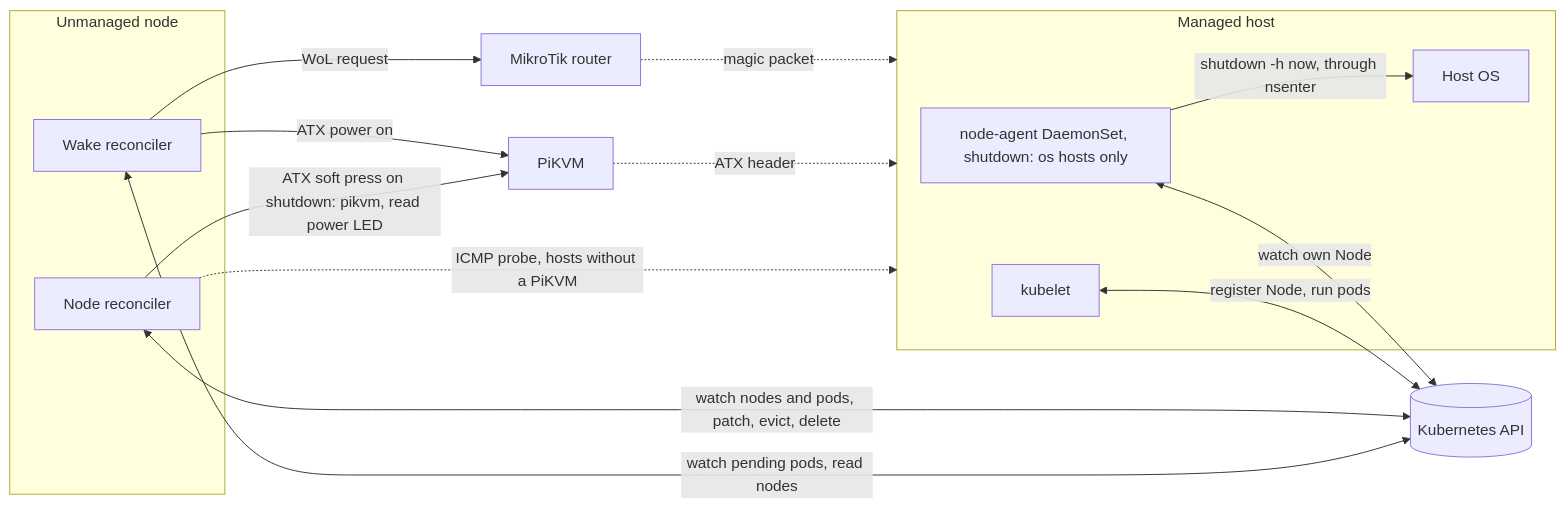
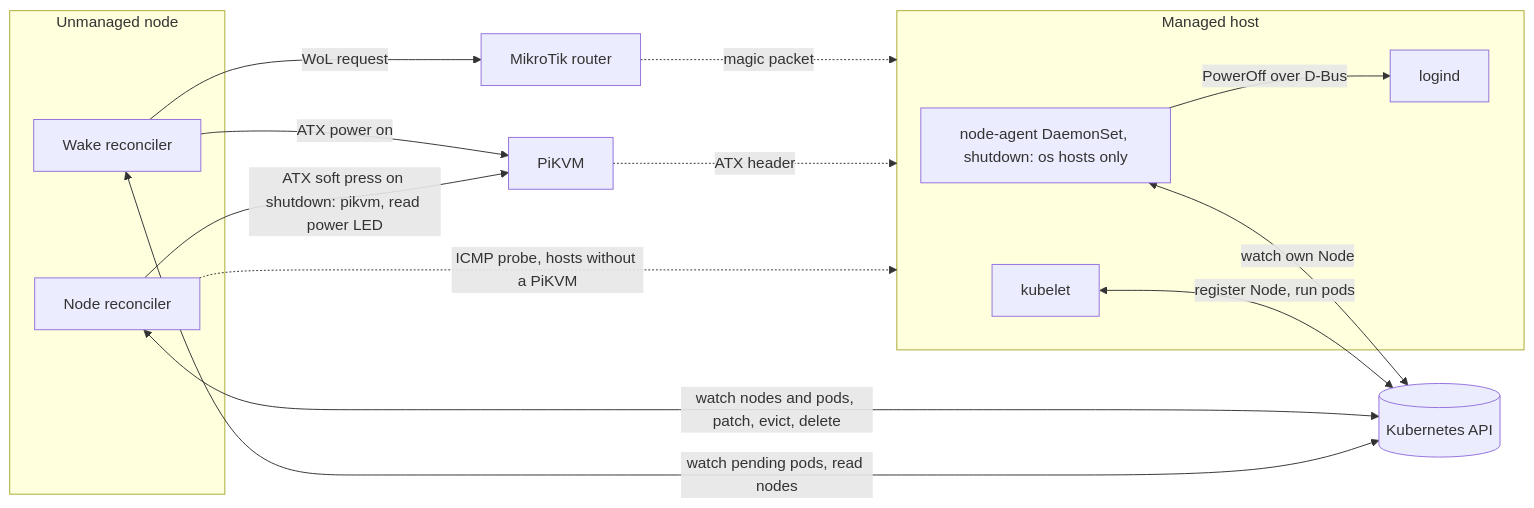
Before and after one commit to kiemlicz/nekromancer: the first of 6 diagrams in docs/how-it-works.md, drawn with Mermaid. The commit also changed other lines of this file and 13 other files, not shown here.

First line of the commit message:
Shut down os hosts through logind again

````diff
--- a/docs/how-it-works.md
+++ b/docs/how-it-works.md
@@ -8,27 +8,27 @@
 ```mermaid
 flowchart LR
     subgraph cp["Unmanaged node"]
         NR["Node reconciler"]
         WR["Wake reconciler"]
     end
     API[("Kubernetes API")]
     subgraph host["Managed host"]
         AG["node-agent DaemonSet, shutdown: os hosts only"]
-        OS["Host OS"]
+        LD["logind"]
         KL["kubelet"]
     end
     MT["MikroTik router"]
     PK["PiKVM"]
 
     NR <-->|"watch nodes and pods, patch, evict, delete"| API
     WR <-->|"watch pending pods, read nodes"| API
     AG <-->|"watch own Node"| API
     KL <-->|"register Node, run pods"| API
-    AG -->|"shutdown -h now, through nsenter"| OS
+    AG -->|"PowerOff over D-Bus"| LD
     WR -->|"WoL request"| MT
     MT -.->|"magic packet"| host
     WR -->|"ATX power on"| PK
     NR -->|"ATX soft press on shutdown: pikvm, read power LED"| PK
     PK -.->|"ATX header"| host
     NR -.->|"ICMP probe, hosts without a PiKVM"| host
 ```
````
